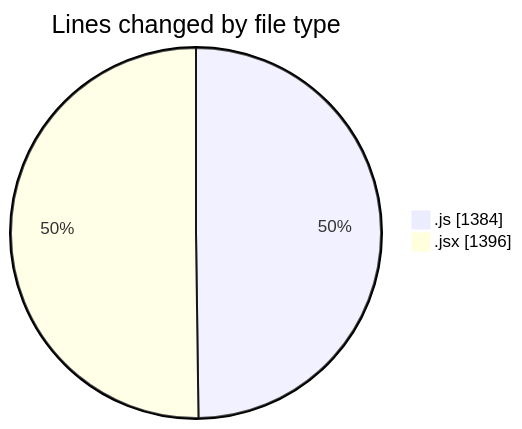
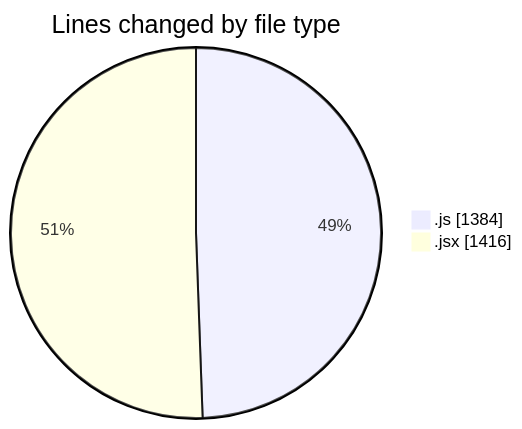
Before and after one commit to nxtqubesakshisongat/code-tracking: the first of 2 diagrams in 2025-07-29/nxtqube_webapp/README.md, drawn with Mermaid. The commit also changed other lines of this file and 1 other file, not shown here.

````diff
--- a/2025-07-29/nxtqube_webapp/README.md
+++ b/2025-07-29/nxtqube_webapp/README.md
@@ -27,6 +27,6 @@
 ```mermaid
 pie showData
 title Lines changed by file type
 ".js" : 1384
-".jsx" : 1396
+".jsx" : 1416
 ```
````
